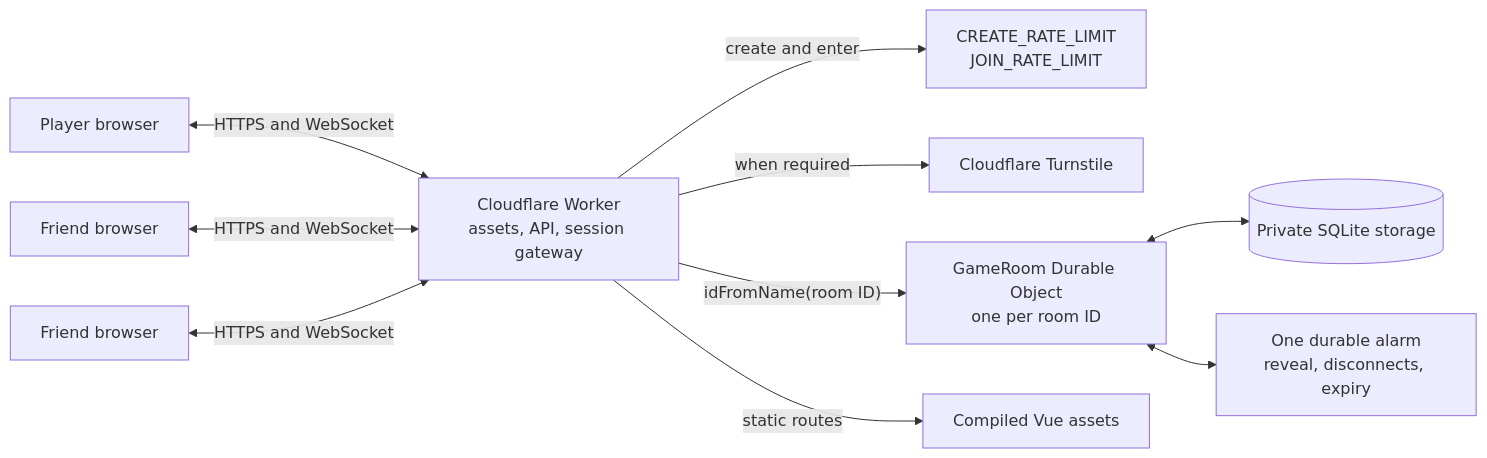
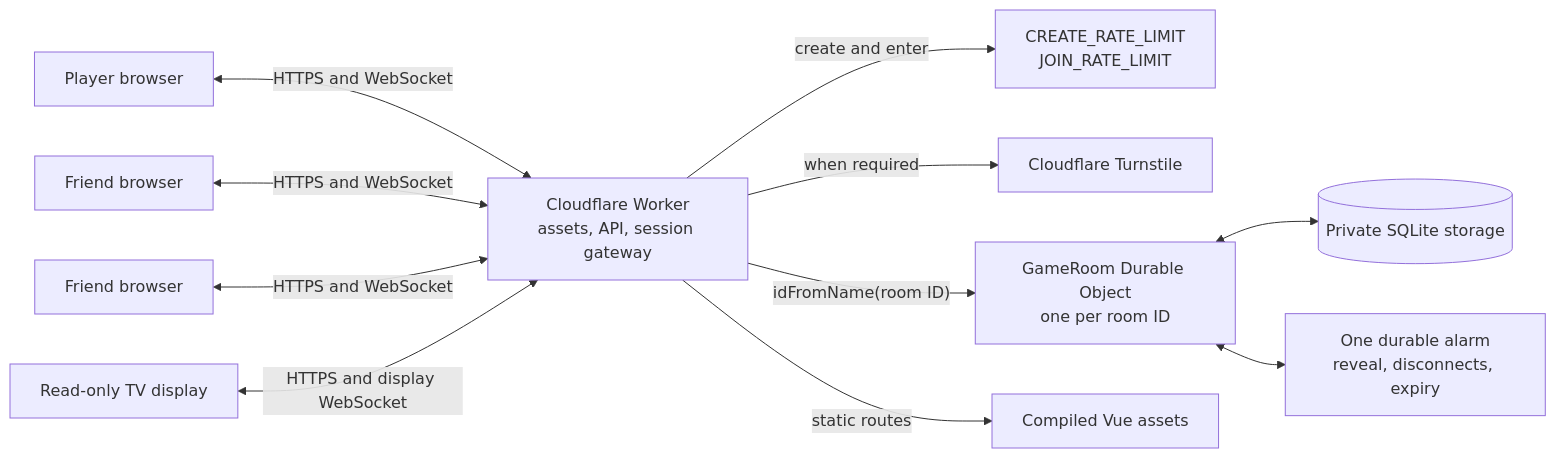
The first of 3 diagrams in ARCHITECTURE.md (joewinger/paininmydeck), drawn with Mermaid before and after one commit. The commit also changed other lines of this file and 26 other files, not shown here.

Commit message:
feat(tv): add read-only party display

````diff
--- a/ARCHITECTURE.md
+++ b/ARCHITECTURE.md
@@ -7,21 +7,23 @@
 ```mermaid
 flowchart LR
     B1["Player browser"]
     B2["Friend browser"]
     B3["Friend browser"]
+    TV["Read-only TV display"]
     W["Cloudflare Worker<br/>assets, API, session gateway"]
     RL["CREATE_RATE_LIMIT<br/>JOIN_RATE_LIMIT"]
     TS["Cloudflare Turnstile"]
     DO["GameRoom Durable Object<br/>one per room ID"]
     SQL[("Private SQLite storage")]
     ALARM["One durable alarm<br/>reveal, disconnects, expiry"]
     ASSETS["Compiled Vue assets"]
 
     B1 & B2 & B3 <-->|"HTTPS and WebSocket"| W
+    TV <-->|"HTTPS and display WebSocket"| W
     W -->|"static routes"| ASSETS
     W -->|"create and enter"| RL
     W -->|"when required"| TS
     W -->|"idFromName(room ID)"| DO
     DO <--> SQL
     DO <--> ALARM
 ```
````
